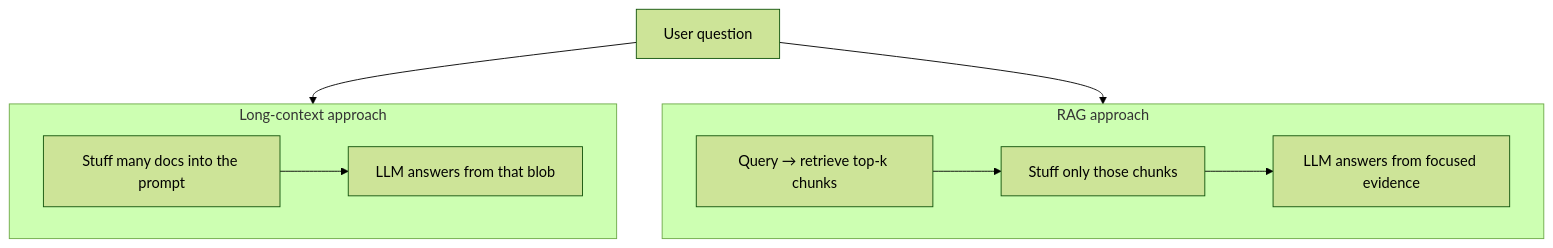
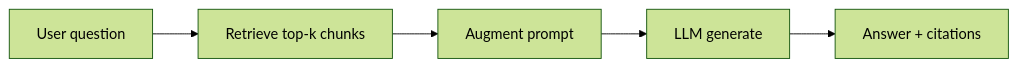
Before and after one commit to cshbli/ML-CV-AI: diagram 14 of 39 in LLM/llm.md, drawn with Mermaid (forest theme). The commit also changed other lines of this file and 2 other files, not shown here.

````diff
--- a/LLM/llm.md
+++ b/LLM/llm.md
@@ -435,11 +432,7 @@
 ```mermaid
-flowchart TB
-    subgraph LongCtx["Long-context approach"]
-        L1["Stuff many docs into the prompt"] --> L2["LLM answers from that blob"]
-    end
-    subgraph RAG["RAG approach"]
-        R1["Query → retrieve top-k chunks"] --> R2["Stuff only those chunks"] --> R3["LLM answers from focused evidence"]
-    end
-    User["User question"] --> LongCtx
-    User --> RAG
+flowchart LR
+    Q["User question"] --> R["Retrieve top-k chunks"]
+    R --> A["Augment prompt"]
+    A --> G["LLM generate"]
+    G --> Ans["Answer + citations"]
 ```
````
